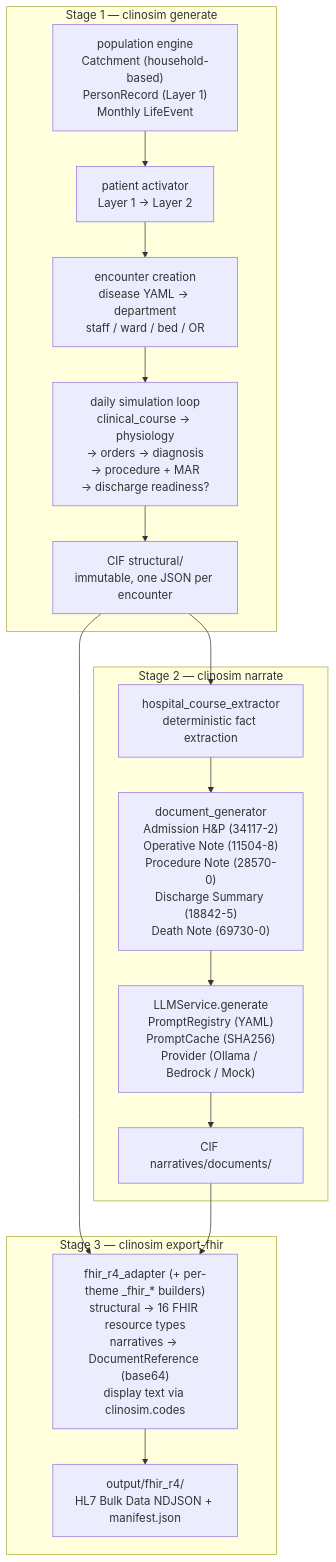
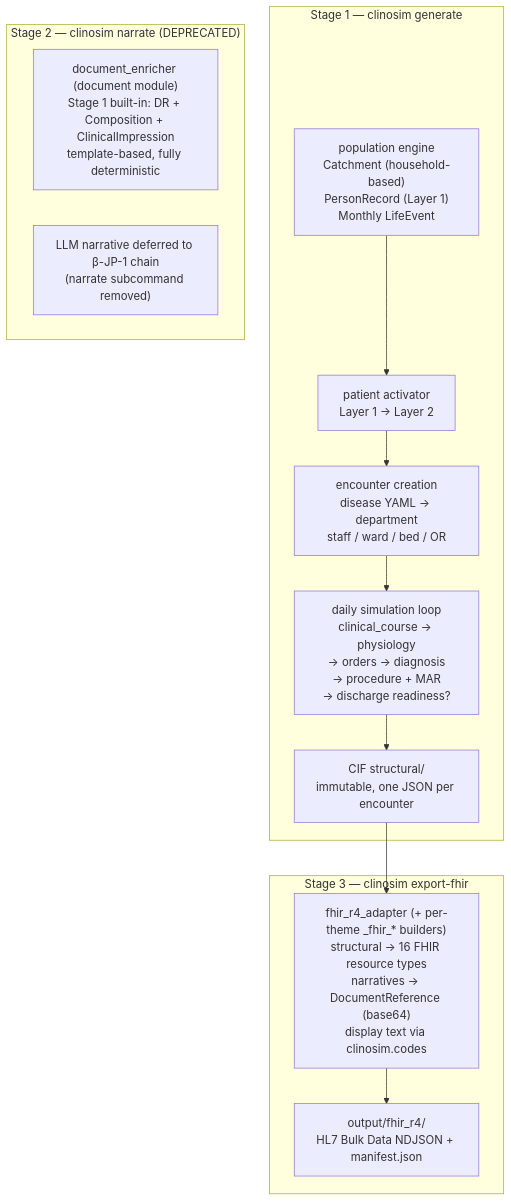
One commit to TomoOkuyama/clinosim changed the first of 2 diagrams in README.md. Above: the diagram before and after it, drawn with Mermaid. The commit also changed other lines of this file and 12 other files, not shown here.

````diff
--- a/README.md
+++ b/README.md
@@ -488,29 +482,24 @@
 ```mermaid
 flowchart TD
     subgraph stage1["Stage 1 — clinosim generate"]
         pop["population engine<br/>Catchment (household-based)<br/>PersonRecord (Layer 1)<br/>Monthly LifeEvent"]
         act["patient activator<br/>Layer 1 → Layer 2"]
         enc["encounter creation<br/>disease YAML → department<br/>staff / ward / bed / OR"]
         loop["daily simulation loop<br/>clinical_course → physiology<br/>→ orders → diagnosis<br/>→ procedure + MAR<br/>→ discharge readiness?"]
         cif_s["CIF structural/<br/>immutable, one JSON per encounter"]
         pop --> act --> enc --> loop --> cif_s
     end
 
-    subgraph stage2["Stage 2 — clinosim narrate"]
-        ext["hospital_course_extractor<br/>deterministic fact extraction"]
-        gen["document_generator<br/>Admission H&P (34117-2)<br/>Operative Note (11504-8)<br/>Procedure Note (28570-0)<br/>Discharge Summary (18842-5)<br/>Death Note (69730-0)"]
-        llm["LLMService.generate<br/>PromptRegistry (YAML)<br/>PromptCache (SHA256)<br/>Provider (Ollama / Bedrock / Mock)"]
-        cif_n["CIF narratives/documents/"]
-        ext --> gen --> llm --> cif_n
+    subgraph stage2["Stage 2 — clinosim narrate (DEPRECATED)"]
+        gen2["document_enricher (document module)<br/>Stage 1 built-in: DR + Composition + ClinicalImpression<br/>template-based, fully deterministic"]
+        llm2["LLM narrative deferred to β-JP-1 chain<br/>(narrate subcommand removed)"]
     end
 
     subgraph stage3["Stage 3 — clinosim export-fhir"]
         adapter["fhir_r4_adapter (+ per-theme _fhir_* builders)<br/>structural → 16 FHIR resource types<br/>narratives → DocumentReference (base64)<br/>display text via clinosim.codes"]
         fhir["output/fhir_r4/<br/>HL7 Bulk Data NDJSON + manifest.json"]
         adapter --> fhir
     end
 
-    cif_s --> ext
     cif_s --> adapter
-    cif_n --> adapter
 ```
````
